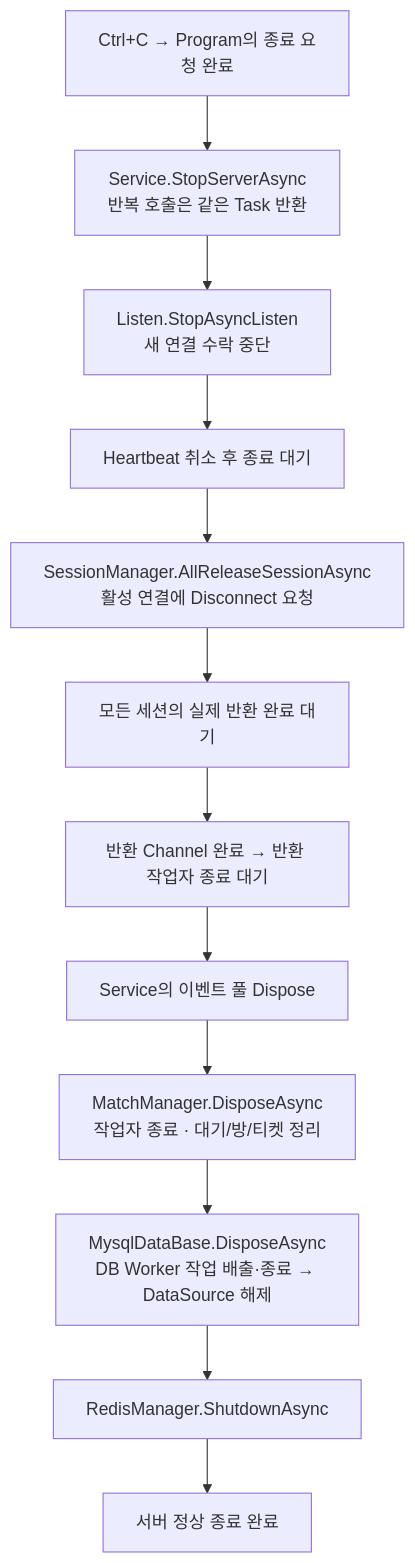
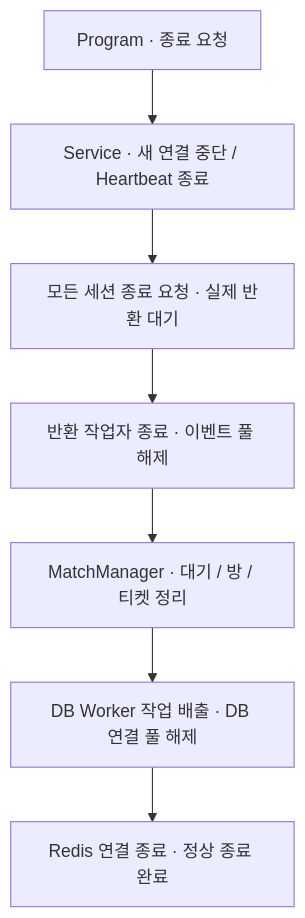
One commit to GodDongjin/CSharpServer_Portfolio changed the seventh of 7 diagrams in docs/SERVER_ARCHITECTURE.md. Above: the diagram before and after it, drawn with Mermaid. The commit also changed other lines of this file, not shown here.

Commit message:
docs: improve readability of server call flow diagrams

````diff
--- a/docs/SERVER_ARCHITECTURE.md
+++ b/docs/SERVER_ARCHITECTURE.md
@@ -164,14 +224,9 @@
 ```mermaid
 flowchart TD
-    Stop["Ctrl+C → Program의 종료 요청 완료"] --> Service["Service.StopServerAsync<br/>반복 호출은 같은 Task 반환"]
-    Service --> Listen["Listen.StopAsyncListen<br/>새 연결 수락 중단"]
-    Listen --> HB["Heartbeat 취소 후 종료 대기"]
-    HB --> All["SessionManager.AllReleaseSessionAsync<br/>활성 연결에 Disconnect 요청"]
-    All --> Released["모든 세션의 실제 반환 완료 대기"]
-    Released --> Channel["반환 Channel 완료 → 반환 작업자 종료 대기"]
-    Channel --> Pools["Service의 이벤트 풀 Dispose"]
-    Pools --> Match["MatchManager.DisposeAsync<br/>작업자 종료 · 대기/방/티켓 정리"]
-    Match --> DB["MysqlDataBase.DisposeAsync<br/>DB Worker 작업 배출·종료 → DataSource 해제"]
-    DB --> Redis["RedisManager.ShutdownAsync"]
-    Redis --> Done["서버 정상 종료 완료"]
+    A["Program · 종료 요청"] --> B["Service · 새 연결 중단 / Heartbeat 종료"]
+    B --> C["모든 세션 종료 요청 · 실제 반환 대기"]
+    C --> D["반환 작업자 종료 · 이벤트 풀 해제"]
+    D --> E["MatchManager · 대기 / 방 / 티켓 정리"]
+    E --> F["DB Worker 작업 배출 · DB 연결 풀 해제"]
+    F --> G["Redis 연결 종료 · 정상 종료 완료"]
 ```
````
